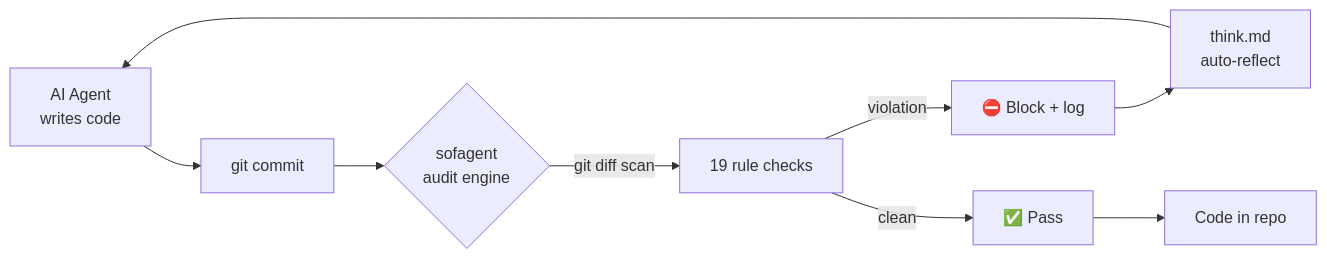
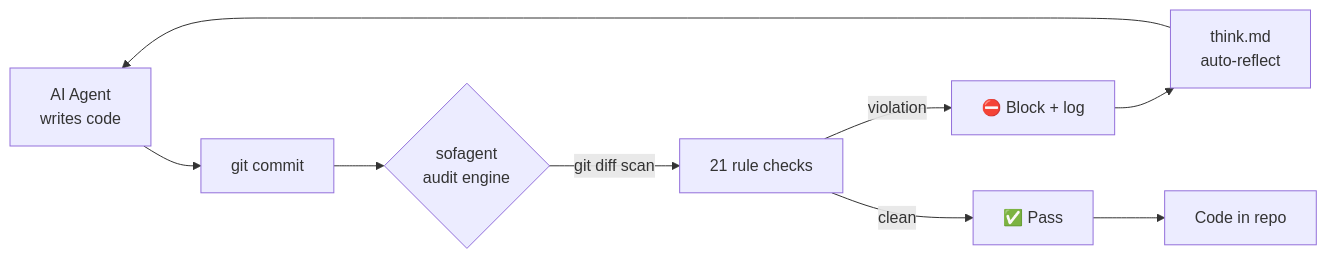
The fourth of 5 diagrams in README.en.md (KongFangXun/sofagent), drawn with Mermaid before and after one commit. The commit also changed other lines of this file and 1 other file, not shown here.

First line of the commit message:
docs(readme): 去重 + 删冗余 mermaid + 加目录/卸载段 + 同步英文版

````diff
--- a/README.en.md
+++ b/README.en.md
@@ -139,11 +168,11 @@
 ```mermaid
 graph LR
     A[AI Agent<br/>writes code] --> B[git commit]
     B --> C{sofagent<br/>audit engine}
-    C -->|git diff scan| D[19 rule checks]
+    C -->|git diff scan| D[21 rule checks]
     D -->|violation| E[⛔ Block + log]
     D -->|clean| F[✅ Pass]
     E --> G[think.md<br/>auto-reflect]
     F --> H[Code in repo]
     G --> A
 ```
````
